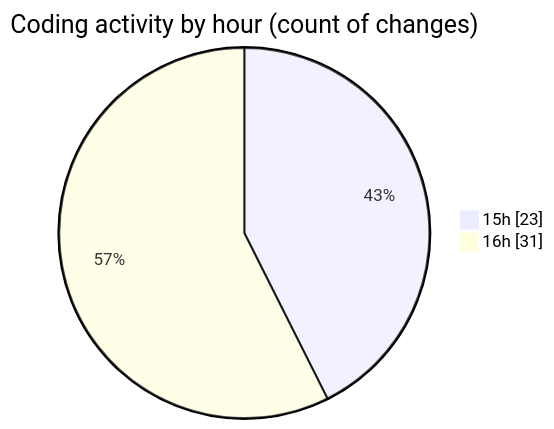
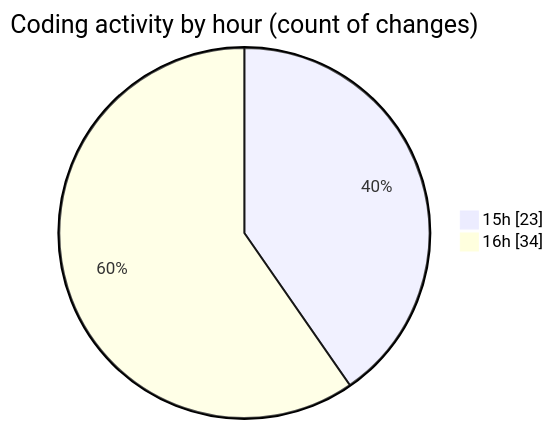
The second of 2 diagrams in 2025-04-01/back-end/README.md (Netris89/code-tracking), drawn with Mermaid before and after one commit. The commit also changed other lines of this file and 1 other file, not shown here.

````diff
--- a/2025-04-01/back-end/README.md
+++ b/2025-04-01/back-end/README.md
@@ -31,6 +31,6 @@
 ```mermaid
 pie showData
 title Coding activity by hour (count of changes)
 "15h" : 23
-"16h" : 31
+"16h" : 34
 ```
````
